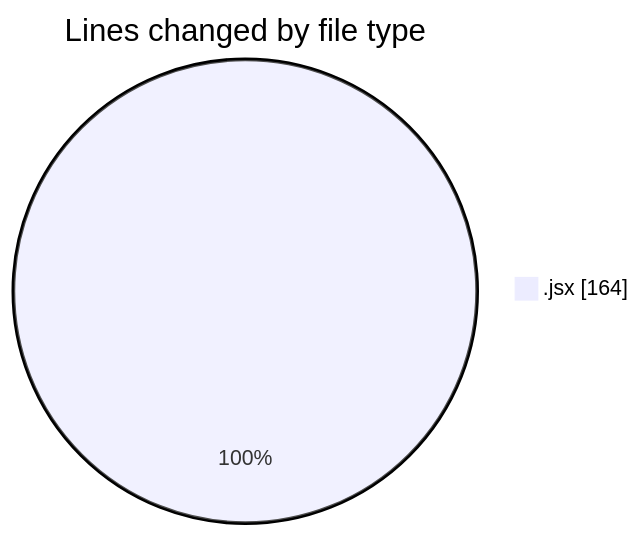
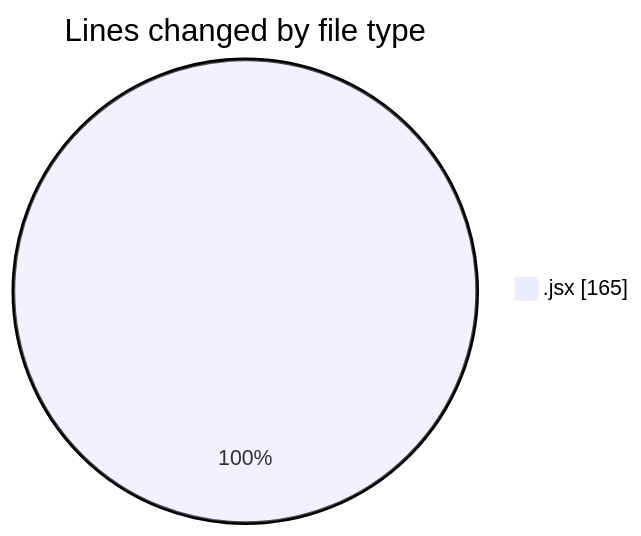
Before and after one commit to Elitesun/code-tracking: the first of 2 diagrams in 2025-02-22/elitegpt/README.md, drawn with Mermaid. The commit also changed other lines of this file and 1 other file, not shown here.

````diff
--- a/2025-02-22/elitegpt/README.md
+++ b/2025-02-22/elitegpt/README.md
@@ -23,5 +24,5 @@
 ```mermaid
 pie showData
 title Lines changed by file type
-".jsx" : 164
+".jsx" : 165
 ```
````
